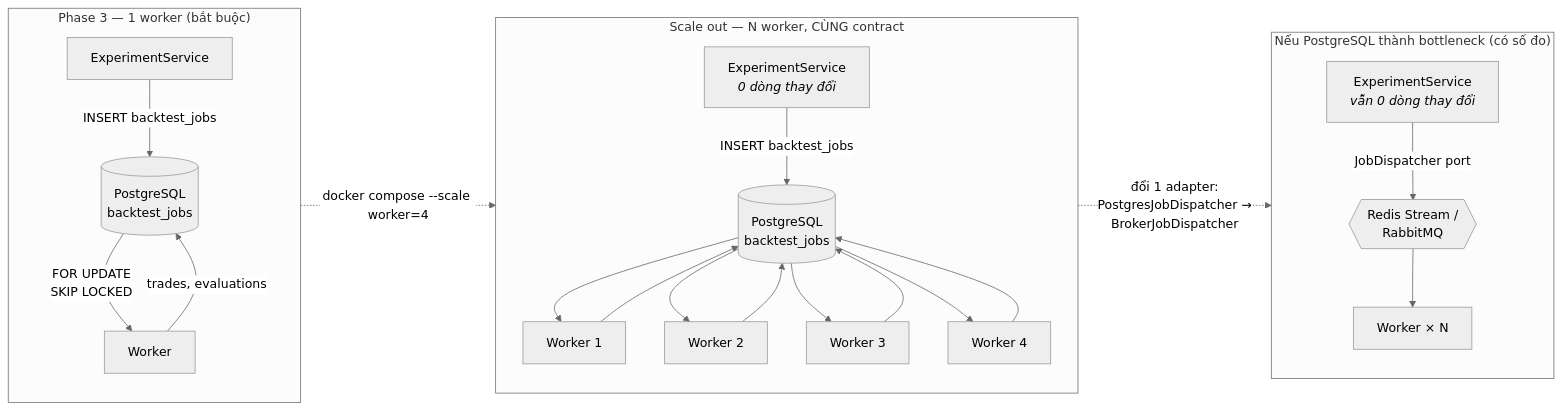
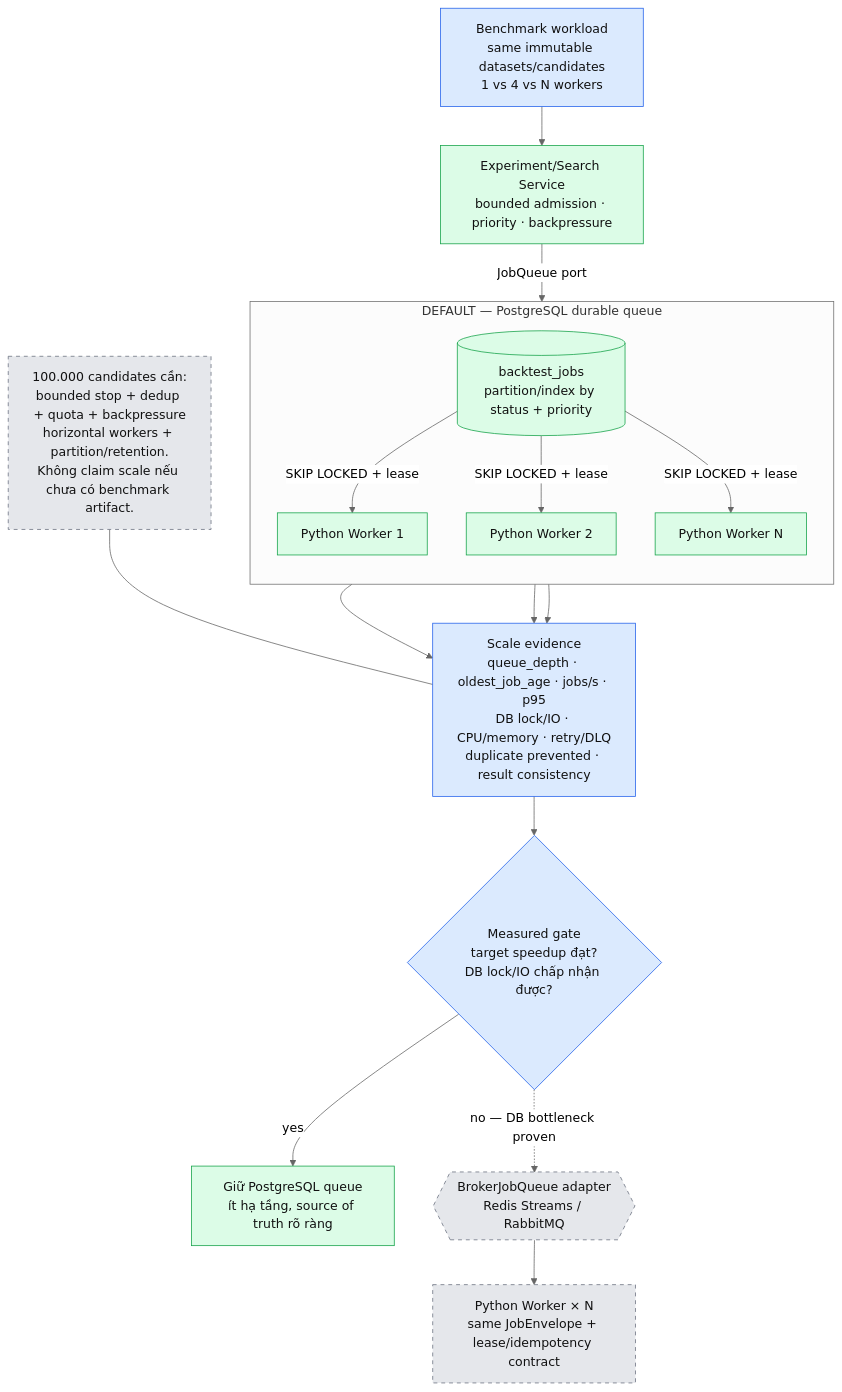
The diagram in blueprint/assets/diagrams/15-job-queue-scale.mmd (EnsoTech-Studio/CryptoBot), drawn with Mermaid (neutral theme) before and after one commit. The commit also changed 139 other files, not shown here.

```diff
--- a/blueprint/assets/diagrams/15-job-queue-scale.mmd
+++ b/blueprint/assets/diagrams/15-job-queue-scale.mmd
@@ -1,26 +1,39 @@
-flowchart LR
-    subgraph Now["Phase 3 — 1 worker (bắt buộc)"]
-        E1["ExperimentService"] -->|"INSERT backtest_jobs"| Q1[("PostgreSQL<br/>backtest_jobs")]
-        Q1 -->|"FOR UPDATE<br/>SKIP LOCKED"| W1["Worker"]
-        W1 -->|"trades, evaluations"| Q1
+flowchart TB
+    Load["Benchmark workload<br/>same immutable datasets/candidates<br/>1 vs 4 vs N workers"]
+    Submit["Experiment/Search Service<br/>bounded admission · priority · backpressure"]
+
+    subgraph Default["DEFAULT — PostgreSQL durable queue"]
+        direction TB
+        Q[("backtest_jobs<br/>partition/index by status + priority")]
+        W1["Python Worker 1"]
+        W2["Python Worker 2"]
+        WN["Python Worker N"]
+        Q -->|"SKIP LOCKED + lease"| W1
+        Q -->|"SKIP LOCKED + lease"| W2
+        Q -->|"SKIP LOCKED + lease"| WN
     end
 
-    subgraph ScaleOut["Scale out — N worker, CÙNG contract"]
-        E2["ExperimentService<br/><i>0 dòng thay đổi</i>"] -->|"INSERT backtest_jobs"| Q2[("PostgreSQL<br/>backtest_jobs")]
-        Q2 --> WA["Worker 1"]
-        Q2 --> WB["Worker 2"]
-        Q2 --> WC["Worker 3"]
-        Q2 --> WD["Worker 4"]
-        WA --> Q2
-        WB --> Q2
-        WC --> Q2
-        WD --> Q2
-    end
+    Metrics["Scale evidence<br/>queue_depth · oldest_job_age · jobs/s · p95<br/>DB lock/IO · CPU/memory · retry/DLQ<br/>duplicate prevented · result consistency"]
+    Gate{"Measured gate<br/>target speedup đạt?<br/>DB lock/IO chấp nhận được?"}
+    Keep["Giữ PostgreSQL queue<br/>ít hạ tầng, source of truth rõ ràng"]
 
-    subgraph Later["Nếu PostgreSQL thành bottleneck (có số đo)"]
-        E3["ExperimentService<br/><i>vẫn 0 dòng thay đổi</i>"] -->|"JobDispatcher port"| BR{{"Redis Stream /<br/>RabbitMQ"}}
-        BR --> WW["Worker × N"]
-    end
+    Broker{{"BrokerJobQueue adapter<br/>Redis Streams / RabbitMQ"}}
+    BW["Python Worker × N<br/>same JobEnvelope + lease/idempotency contract"]
 
-    Now -.->|"docker compose --scale worker=4"| ScaleOut
-    ScaleOut -.->|"đổi 1 adapter:<br/>PostgresJobDispatcher →<br/>BrokerJobDispatcher"| Later
+    Load --> Submit -->|"JobQueue port"| Q
+    W1 --> Metrics
+    W2 --> Metrics
+    WN --> Metrics
+    Metrics --> Gate
+    Gate -->|"yes"| Keep
+    Gate -. "no — DB bottleneck proven" .-> Broker --> BW
+
+    ScaleNote["100.000 candidates cần:<br/>bounded stop + dedup + quota + backpressure<br/>horizontal workers + partition/retention.<br/>Không claim scale nếu chưa có benchmark artifact."]
+    ScaleNote --- Metrics
+
+    classDef normal fill:#dcfce7,stroke:#16a34a,color:#111
+    classDef measure fill:#dbeafe,stroke:#2563eb,color:#111
+    classDef conditional fill:#e5e7eb,stroke:#6b7280,color:#111,stroke-dasharray:5 5
+    class Q,W1,W2,WN,Submit,Keep normal
+    class Metrics,Load,Gate measure
+    class Broker,BW,ScaleNote conditional
```
